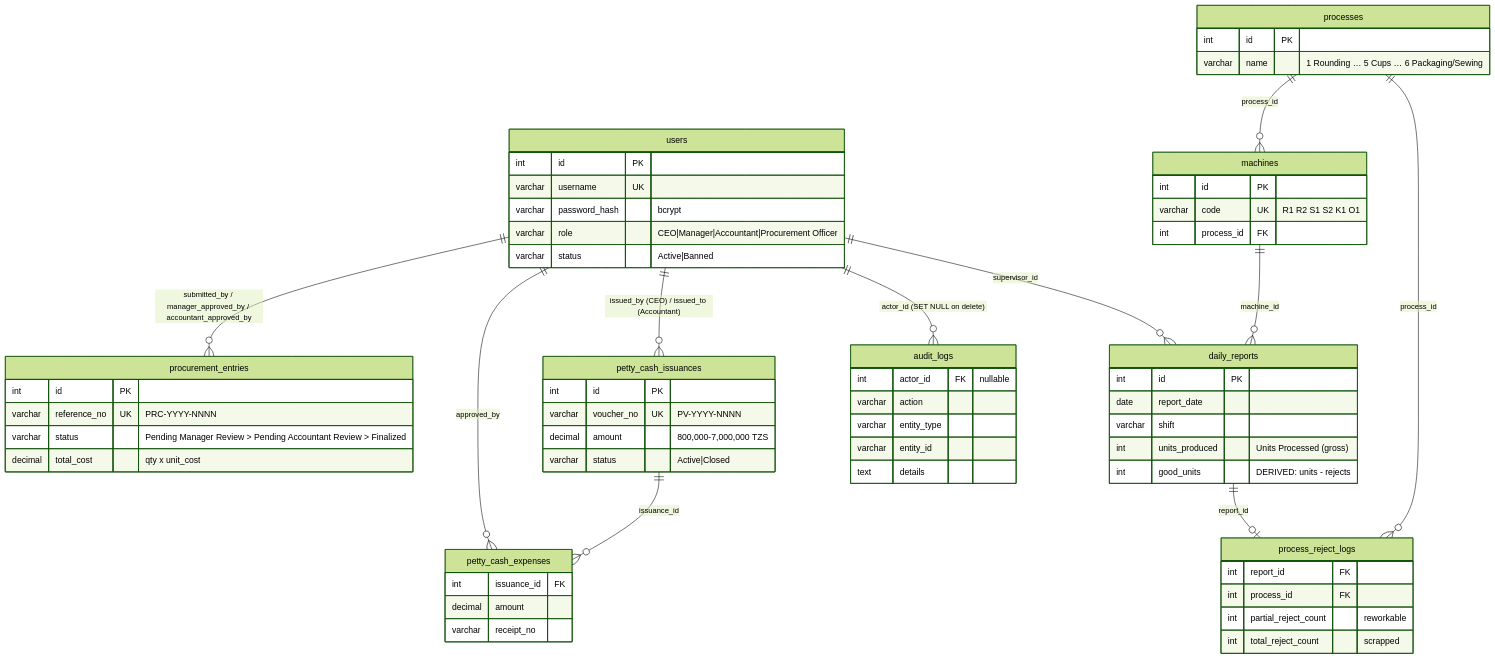
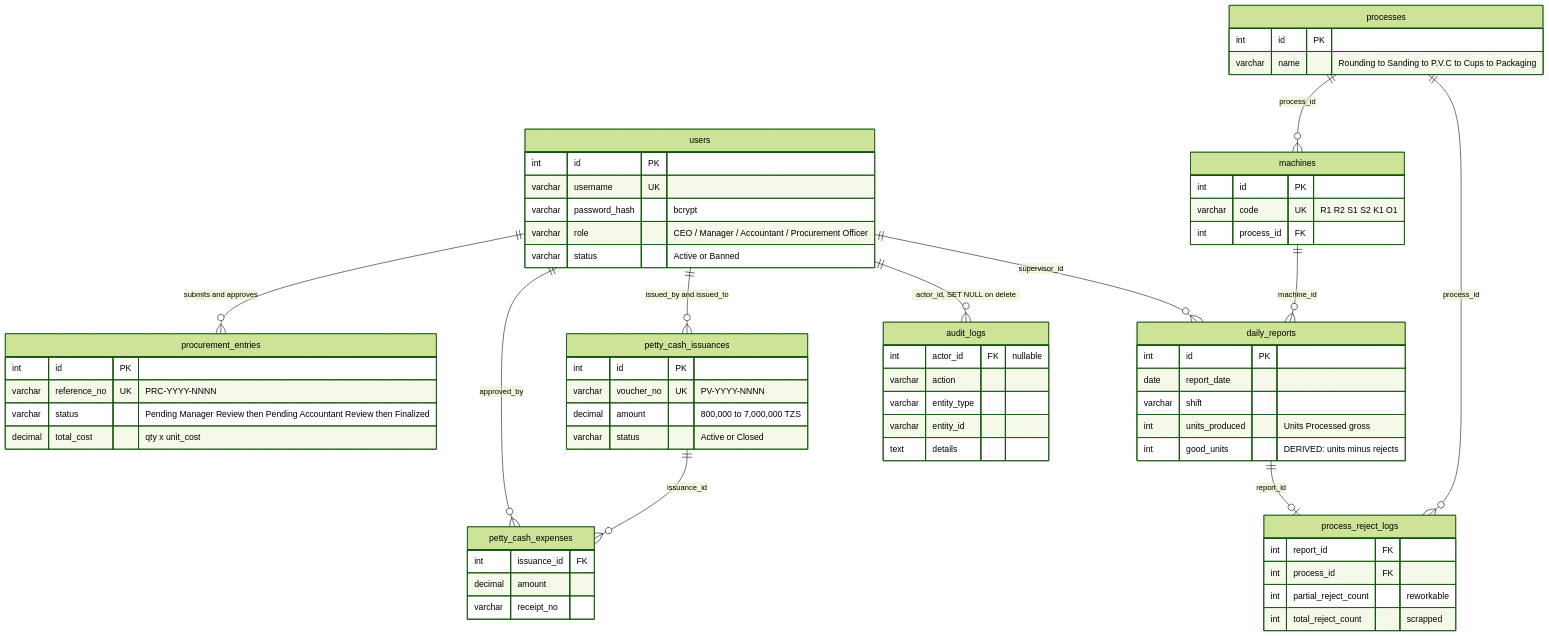
Before and after one commit to yohan-sudo/epms-local: the fourth of 4 diagrams in README.md, drawn with Mermaid (forest theme). The commit also changed other lines of this file and 62 other files, not shown here.

First line of the commit message:
Remove role switcher, enforce uppercase names, make docs pure portable Mermaid

````diff
--- a/README.md
+++ b/README.md
@@ -148,68 +199,68 @@
 ```mermaid
 erDiagram
-    users ||--o{ procurement_entries : "submitted_by / manager_approved_by / accountant_approved_by"
+    users ||--o{ procurement_entries : "submits and approves"
     users ||--o{ daily_reports : "supervisor_id"
-    users ||--o{ petty_cash_issuances : "issued_by (CEO) / issued_to (Accountant)"
+    users ||--o{ petty_cash_issuances : "issued_by and issued_to"
     users ||--o{ petty_cash_expenses : "approved_by"
-    users ||--o{ audit_logs : "actor_id (SET NULL on delete)"
+    users ||--o{ audit_logs : "actor_id, SET NULL on delete"
 
     processes ||--o{ machines : "process_id"
     machines ||--o{ daily_reports : "machine_id"
     daily_reports ||--o| process_reject_logs : "report_id"
     processes ||--o{ process_reject_logs : "process_id"
     petty_cash_issuances ||--o{ petty_cash_expenses : "issuance_id"
 
     users {
         int id PK
         varchar username UK
         varchar password_hash "bcrypt"
-        varchar role "CEO|Manager|Accountant|Procurement Officer"
-        varchar status "Active|Banned"
+        varchar role "CEO / Manager / Accountant / Procurement Officer"
+        varchar status "Active or Banned"
     }
     processes {
         int id PK
-        varchar name "1 Rounding … 5 Cups … 6 Packaging/Sewing"
+        varchar name "Rounding to Sanding to P.V.C to Cups to Packaging"
     }
     machines {
         int id PK
         varchar code UK "R1 R2 S1 S2 K1 O1"
         int process_id FK
     }
     daily_reports {
         int id PK
         date report_date
         varchar shift
-        int units_produced "Units Processed (gross)"
-        int good_units "DERIVED: units - rejects"
+        int units_produced "Units Processed gross"
+        int good_units "DERIVED: units minus rejects"
     }
     process_reject_logs {
         int report_id FK
         int process_id FK
         int partial_reject_count "reworkable"
         int total_reject_count "scrapped"
     }
     procurement_entries {
         int id PK
         varchar reference_no UK "PRC-YYYY-NNNN"
-        varchar status "Pending Manager Review > Pending Accountant Review > Finalized"
+        varchar status "Pending Manager Review then Pending Accountant Review then Finalized"
         decimal total_cost "qty x unit_cost"
     }
     petty_cash_issuances {
         int id PK
         varchar voucher_no UK "PV-YYYY-NNNN"
-        decimal amount "800,000-7,000,000 TZS"
-        varchar status "Active|Closed"
+        decimal amount "800,000 to 7,000,000 TZS"
+        varchar status "Active or Closed"
     }
     petty_cash_expenses {
         int issuance_id FK
         decimal amount
         varchar receipt_no
     }
     audit_logs {
         int actor_id FK "nullable"
         varchar action
         varchar entity_type
         varchar entity_id
         text details
     }
 ```
````
